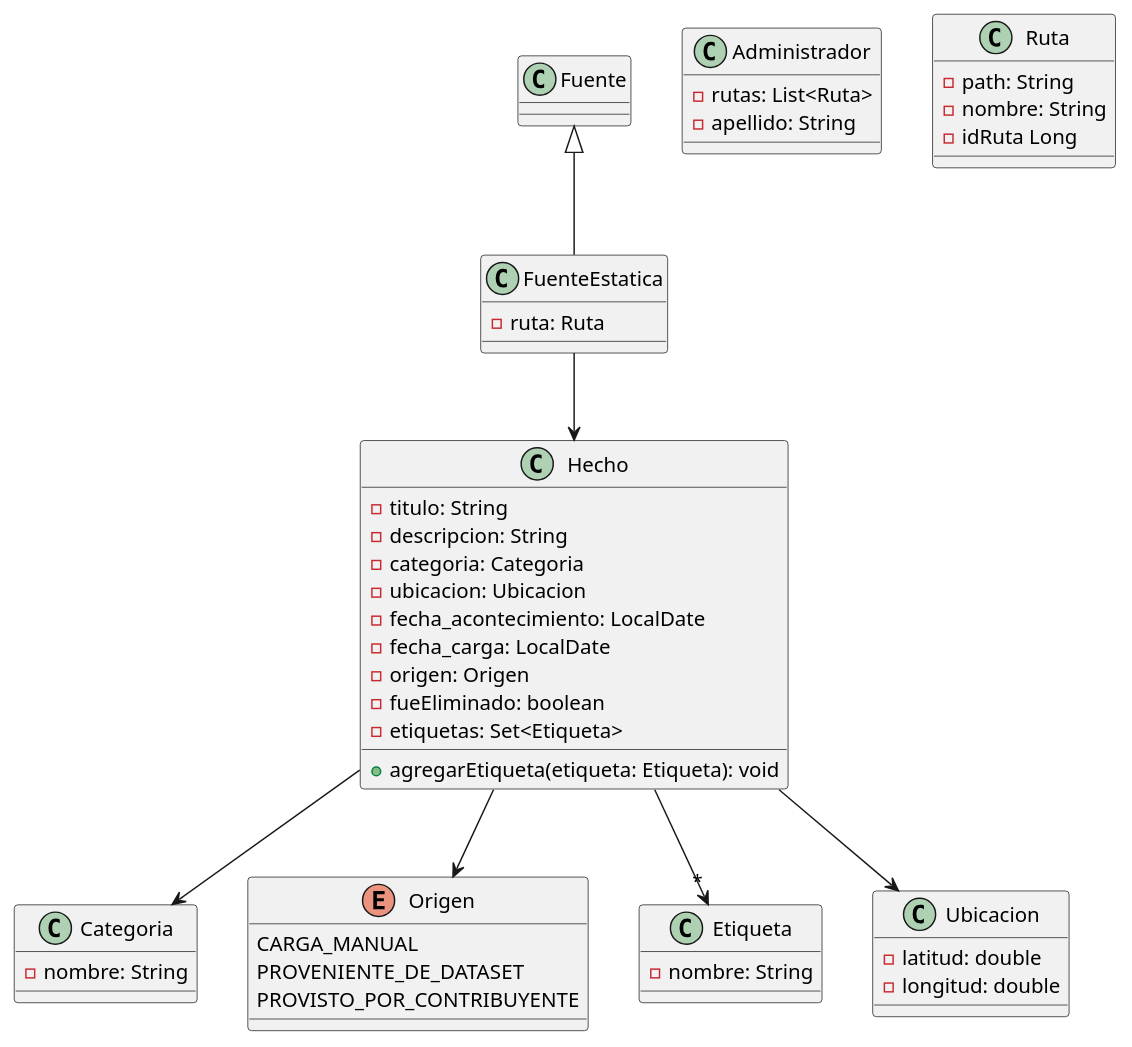
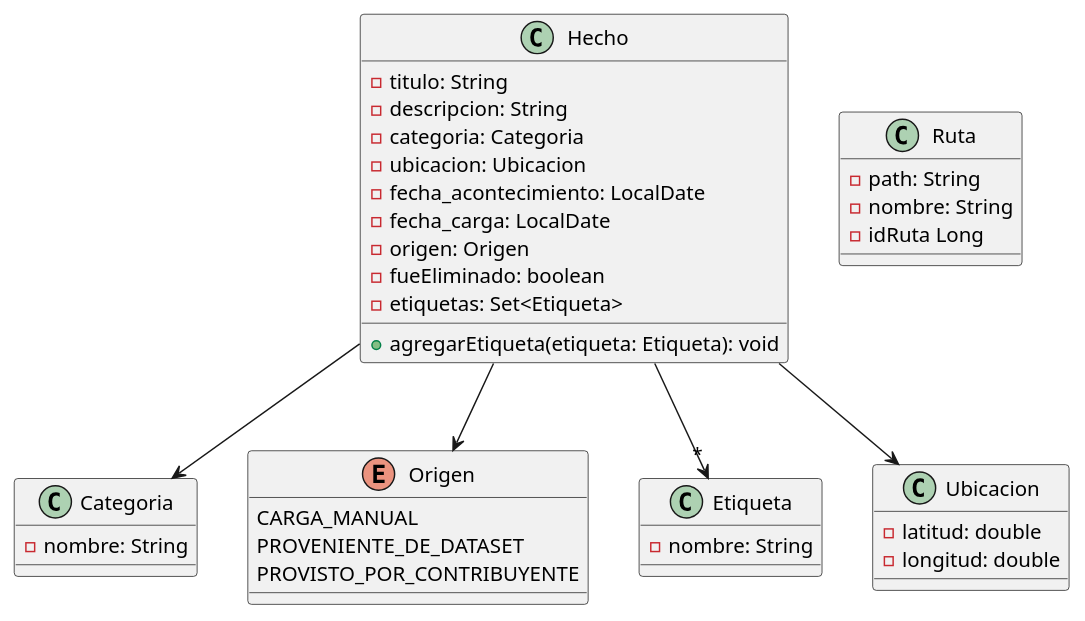
The diagram in fuenteEstatica/Diagrama de clases Fuente Estatica.puml (MarianelaBen/MetaMapa-Collaborative-System), drawn with PlantUML before and after one commit. The commit also changed 12 other files, not shown here.

Commit message:
diagrama corregido version final

```diff
--- a/fuenteEstatica/Diagrama de clases Fuente Estatica.puml
+++ b/fuenteEstatica/Diagrama de clases Fuente Estatica.puml
@@ -1,57 +1,48 @@
 @startuml
 
-class FuenteEstatica extends Fuente{
-    -ruta: Ruta
-}
 
 class Hecho {
     -titulo: String
     -descripcion: String
     -categoria: Categoria
     -ubicacion: Ubicacion
     -fecha_acontecimiento: LocalDate
     -fecha_carga: LocalDate
     -origen: Origen
     -fueEliminado: boolean
     -etiquetas: Set<Etiqueta>
 
     +agregarEtiqueta(etiqueta: Etiqueta): void
 }
 
 class Categoria {
     -nombre: String
 }
 
 enum Origen {
     CARGA_MANUAL
     PROVENIENTE_DE_DATASET
     PROVISTO_POR_CONTRIBUYENTE
 }
 
 class Etiqueta {
     -nombre: String
 }
 
 class Ubicacion{
     -latitud: double
     -longitud: double
 }
 
-class Administrador {
-    -rutas: List<Ruta>
-    -apellido: String
-}
-
 class Ruta {
   -path: String
   -nombre: String
   -idRuta Long
 }
 
 Hecho --> Origen
 Hecho --> "*" Etiqueta
-FuenteEstatica --> Hecho
 Hecho --> Ubicacion
 Hecho --> Categoria
 
 @enduml
```
